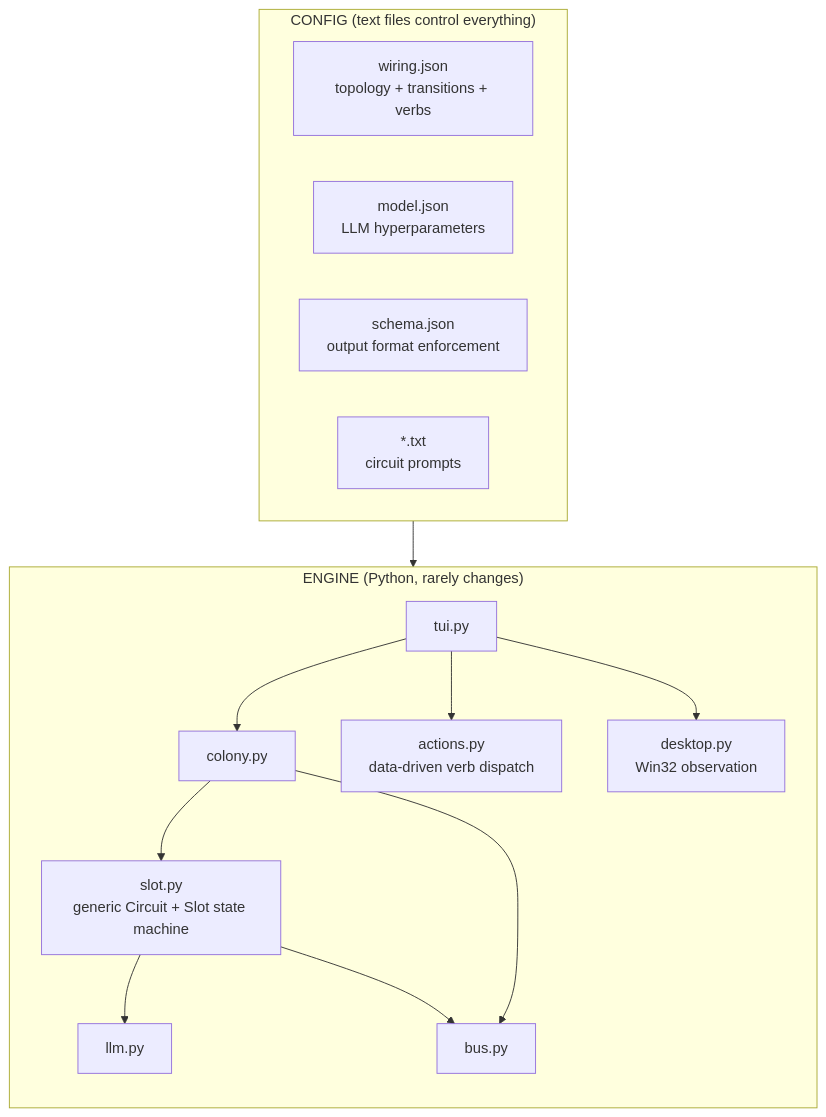
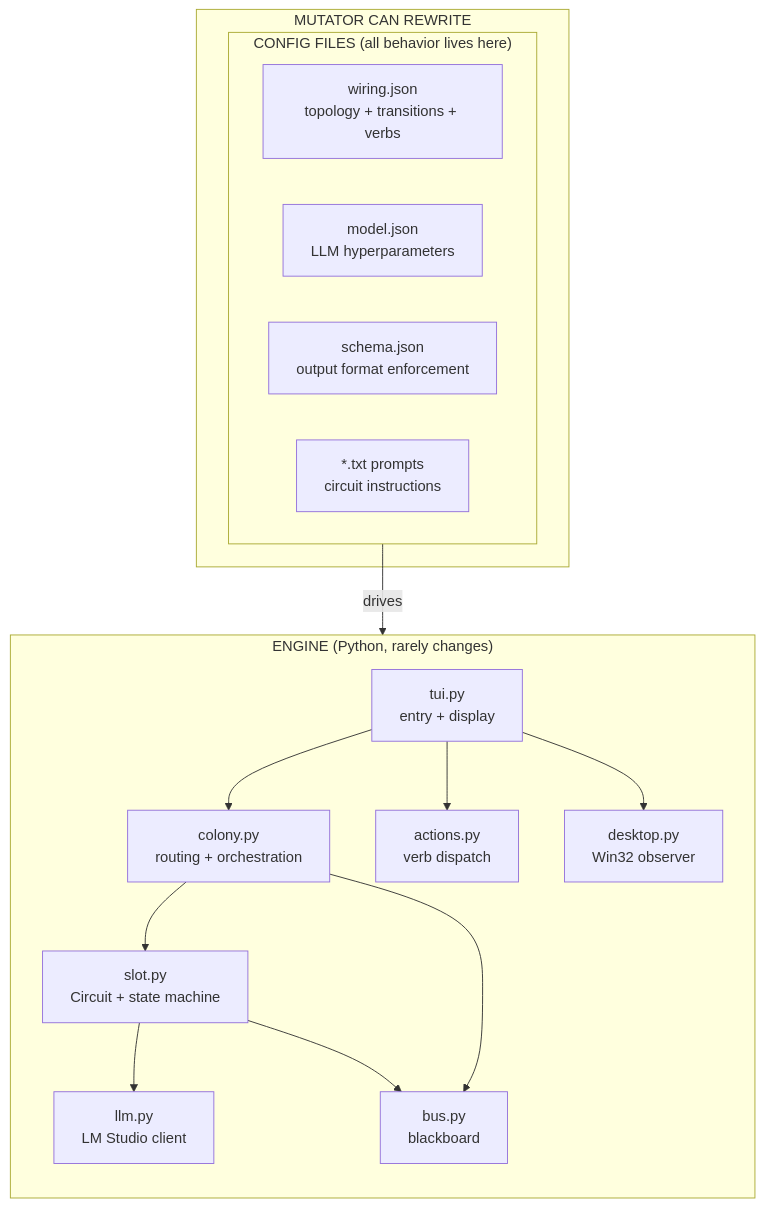
Before and after one commit to wgabrys88/endgame-ai: the first of 4 diagrams in README.md, drawn with Mermaid. The commit also changed other lines of this file and 3 other files, not shown here.

````diff
--- a/README.md
+++ b/README.md
@@ -8,23 +10,27 @@
 ```mermaid
 flowchart TB
-    subgraph CONFIG["CONFIG (text files control everything)"]
+    subgraph CONFIG["CONFIG FILES (all behavior lives here)"]
         direction LR
         W["wiring.json<br/>topology + transitions + verbs"]
         M["model.json<br/>LLM hyperparameters"]
         S["schema.json<br/>output format enforcement"]
-        P["*.txt<br/>circuit prompts"]
+        P["*.txt prompts<br/>circuit instructions"]
     end
 
     subgraph ENGINE["ENGINE (Python, rarely changes)"]
         direction TB
-        TUI["tui.py"] --> COL["colony.py"]
-        COL --> SLOT["slot.py<br/>generic Circuit + Slot state machine"]
-        SLOT --> LLM["llm.py"]
-        SLOT --> BUS["bus.py"]
+        TUI["tui.py<br/>entry + display"] --> COL["colony.py<br/>routing + orchestration"]
+        COL --> SLOT["slot.py<br/>Circuit + state machine"]
+        SLOT --> LLM["llm.py<br/>LM Studio client"]
+        SLOT --> BUS["bus.py<br/>blackboard"]
         COL --> BUS
-        TUI --> ACT["actions.py<br/>data-driven verb dispatch"]
-        TUI --> DT["desktop.py<br/>Win32 observation"]
+        TUI --> ACT["actions.py<br/>verb dispatch"]
+        TUI --> DT["desktop.py<br/>Win32 observer"]
     end
 
-    CONFIG --> ENGINE
+    CONFIG -->|"drives"| ENGINE
+    
+    subgraph MUTATOR_SCOPE["MUTATOR CAN REWRITE"]
+        CONFIG
+    end
 ```
````
